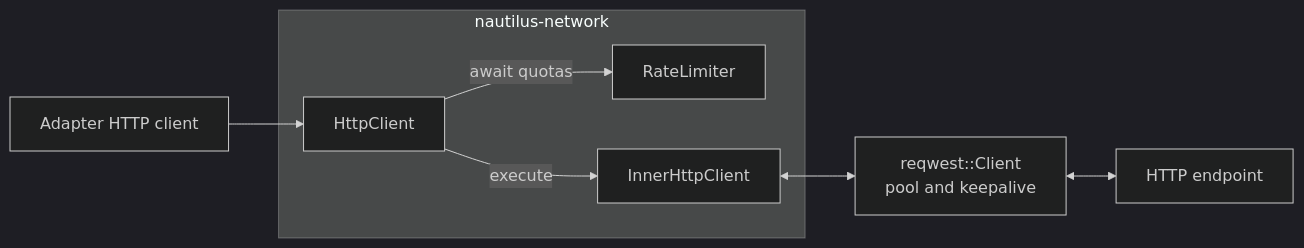
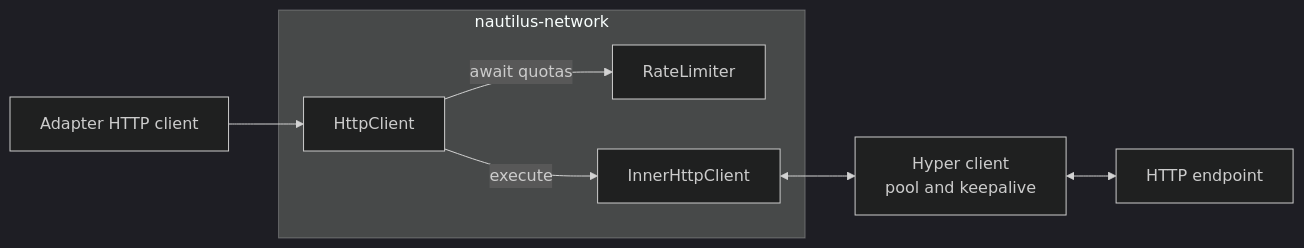
The first of 5 diagrams in docs/concepts/networking.md (nautechsystems/nautilus_trader), drawn with Mermaid (dark theme) before and after one commit. The commit also changed other lines of this file and 35 other files, not shown here.

First line of the commit message:
Replace network Reqwest transport with Hyper

````diff
--- a/docs/concepts/networking.md
+++ b/docs/concepts/networking.md
@@ -23,19 +23,19 @@
 ```mermaid
 flowchart LR
     adapter[Adapter HTTP client]
 
     subgraph network[nautilus-network]
         client[HttpClient]
         limiter[RateLimiter]
         inner[InnerHttpClient]
     end
 
-    reqwest["reqwest::Client<br/>pool and keepalive"]
+    hyper["Hyper client<br/>pool and keepalive"]
     endpoint[HTTP endpoint]
 
     adapter --> client
     client -->|await quotas| limiter
     client -->|execute| inner
-    inner <--> reqwest
-    reqwest <--> endpoint
+    inner <--> hyper
+    hyper <--> endpoint
 ```
````
